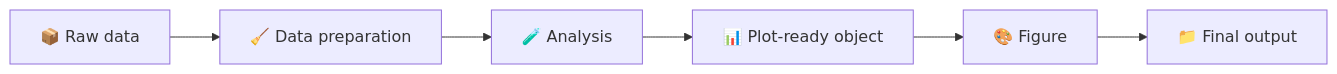
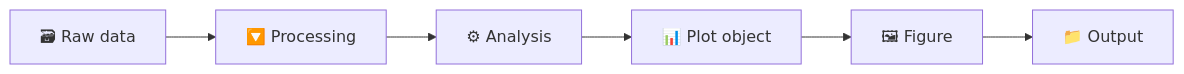
Before and after one commit to apexpeng/r-data-lineage-plotting: the first of 3 diagrams in README.md, drawn with Mermaid. The commit also changed other lines of this file, not shown here.

````diff
--- a/README.md
+++ b/README.md
@@ -47,8 +31,8 @@
 ```mermaid
 flowchart LR
-    A["📦 Raw data"] --> B["🧹 Data preparation"]
-    B --> C["🧪 Analysis"]
-    C --> D["📊 Plot-ready object"]
-    D --> E["🎨 Figure"]
-    E --> F["📁 Final output"]
+    A["🗃 Raw data"] --> B["🔽 Processing"]
+    B --> C["⚙ Analysis"]
+    C --> D["📊 Plot object"]
+    D --> E["🖼 Figure"]
+    E --> F["📁 Output"]
 ```
````
